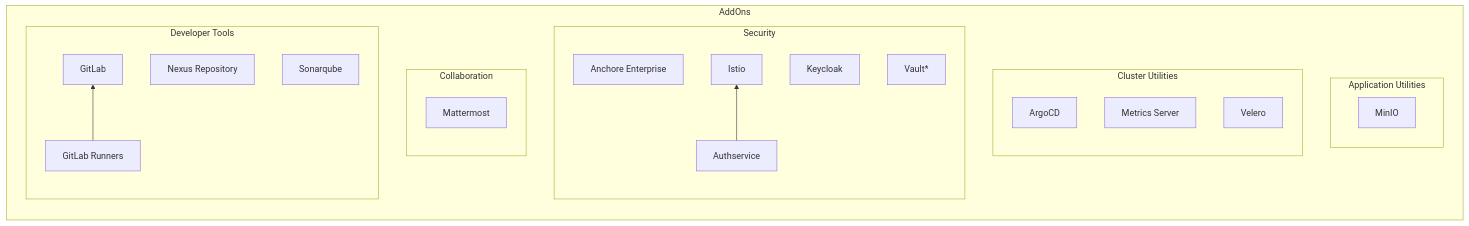
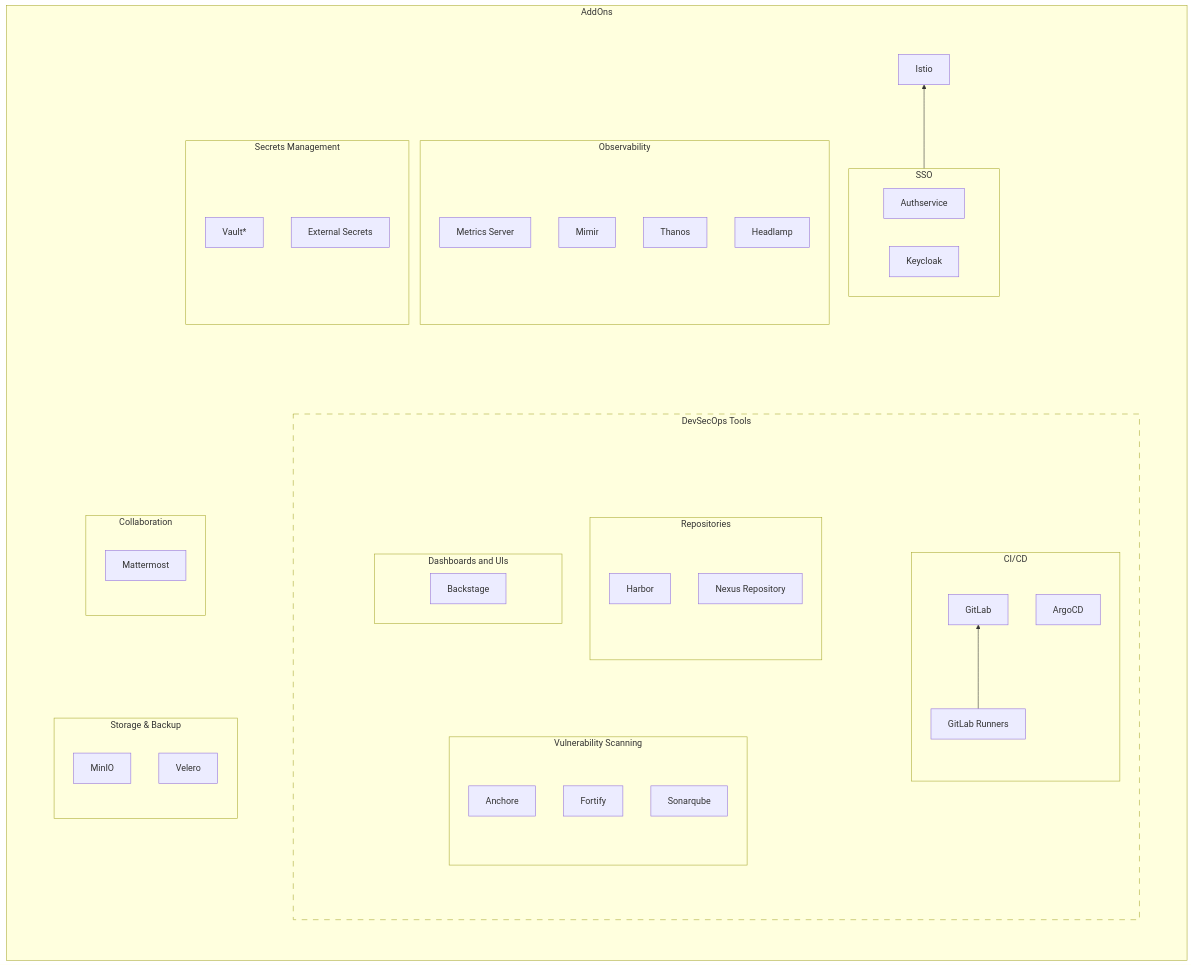
One commit to DoD-Platform-One/bigbang changed the second of 2 diagrams in docs/understanding-bigbang/package-architecture/README.md. Above: the diagram before and after it, drawn with Mermaid. The commit also changed other lines of this file, not shown here.

Commit message:
Package architecture update

````diff
--- a/docs/understanding-bigbang/package-architecture/README.md
+++ b/docs/understanding-bigbang/package-architecture/README.md
@@ -68,35 +111,102 @@
 ```mermaid
-flowchart LR
+flowchart BT
   subgraph AddOns
-    subgraph AppUtils[Application Utilities]
-      MinIO
+  direction BT
+
+    subgraph Row2[ ]
+      style Row2 fill:transparent,stroke:transparent
+      direction LR
+
+      subgraph DT[DevSecOps Tools]
+      style DT stroke-dasharray: 10 10
+        subgraph ContDeploy[CI/CD]
+        direction BT
+          GLRunners[GitLab Runners]
+          GitLab
+          ArgoCD
+        end
+        subgraph DT-1[ ]
+        style DT-1 fill:transparent,stroke:transparent
+        direction LR
+
+          subgraph Scan[Vulnerability Scanning]
+          direction BT
+            Anchore
+            Fortify
+            Sonarqube
+          end
+
+          subgraph DT-2[ ]
+          style DT-2 fill:transparent,stroke:transparent
+          direction BT
+            subgraph Repo[Repositories]
+            direction BT
+              Harbor
+              Nexus[Nexus Repository]
+            end
+            subgraph UI[Dashboards and UIs]
+              Backstage
+            end
+          end
+
+        end
+      end
+
+      subgraph Collab[Collaboration]
+        Mattermost
+      end
+
+      subgraph Storage[Storage & Backup]
+      direction BT
+        MinIO
+        Velero
+      end
+      
+    
     end
 
-    subgraph ClusterUtils[Cluster Utilities]
-    direction BT
-      ArgoCD
-      Metrics[Metrics Server]
-      Velero
+    subgraph Row1[ ]
+      style Row1 fill:transparent,stroke:transparent
+      direction BT
+
+        subgraph Obs[Observability]
+          Metrics[Metrics Server]
+          Mimir
+          Thanos
+          Headlamp
+        end
+
+        subgraph SM[Secrets Management]
+          Vault[Vault*]
+          ESO[External Secrets]
+        end
+
+        subgraph Sec[SSO]
+        direction LR
+          Authservice
+          Keycloak
+        end
+
+    Istio
+    formattingNode[ ]:::invisible
+    
     end
+      
+    %% Dependencies
+    Authservice --> Istio
+    GLRunners --> GitLab
 
-    subgraph "Security"
-    direction BT
-      Anchore[Anchore Enterprise]
-      Authservice --> I[Istio]
-      Keycloak
-      Vault[Vault*]
-    end
+    %% Row 1 Formatters
+    Vault ~~~ formattingNode
+    %%Mattermost ~~~ formattingNode
+    Metrics ~~~ formattingNode
 
-    subgraph "Collaboration"
-    direction BT
-      Mattermost
-    end
+    %%Row 2 Formatters
+    Row2 ~~~ Row1
+    Collab ~~~ DT
+    Storage ~~~ DT
 
-    subgraph "Developer Tools"
-    direction BT
-      GLRunners[GitLab Runners] --> GitLab
-      Nexus[Nexus Repository]
-      Sonarqube
-    end
   end
+
+classDef invisible fill:transparent,stroke:transparent,color:transparent
 ```
````
